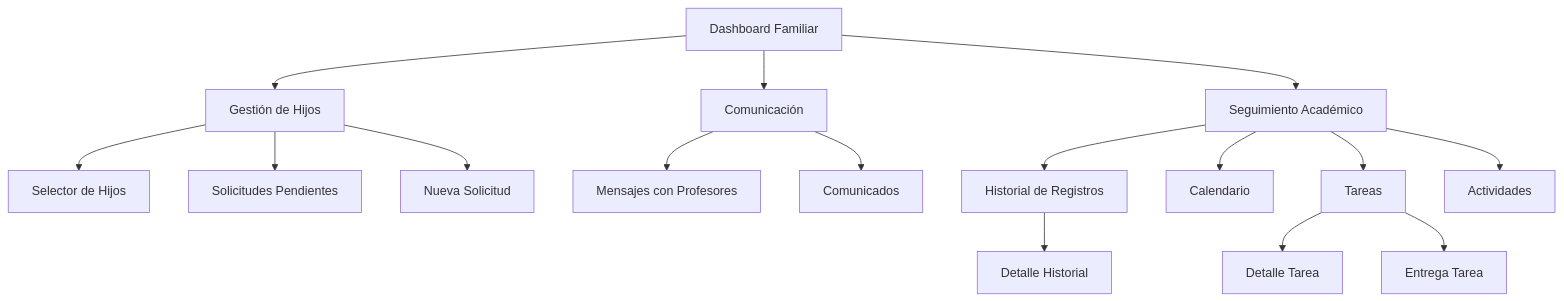
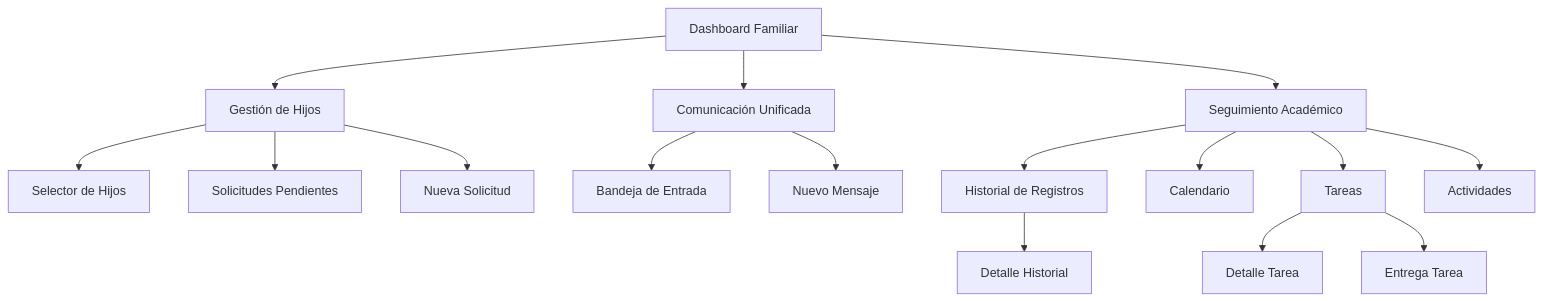
The fifth of 6 diagrams in docs/Manual_Usuario.md (Nojabeach/UmeEgunero), drawn with Mermaid before and after one commit. The commit also changed other lines of this file and 112 other files, not shown here.

````diff
--- a/docs/Manual_Usuario.md
+++ b/docs/Manual_Usuario.md
@@ -206,22 +209,22 @@
 ```mermaid
 flowchart TD
     Familiar[Dashboard Familiar] --> GestionHijos[Gestión de Hijos]
-    Familiar --> Comunicacion[Comunicación]
+    Familiar --> ComUnificada[Comunicación Unificada]
     Familiar --> Seguimiento[Seguimiento Académico]
     
     GestionHijos --> SelectorHijos[Selector de Hijos]
     GestionHijos --> SolicitudesPendientes[Solicitudes Pendientes]
     GestionHijos --> NuevaSolicitud[Nueva Solicitud]
     
-    Comunicacion --> MensajesProfe[Mensajes con Profesores]
-    Comunicacion --> ComunicadosFam[Comunicados]
+    ComUnificada --> Bandeja[Bandeja de Entrada]
+    ComUnificada --> Nuevo[Nuevo Mensaje]
     
     Seguimiento --> HistorialReg[Historial de Registros]
     Seguimiento --> Calendario[Calendario]
     Seguimiento --> Tareas[Tareas]
     Seguimiento --> Actividades[Actividades]
     
     HistorialReg --> DetalleHistorial[Detalle Historial]
     Tareas --> DetalleTarea[Detalle Tarea]
     Tareas --> EntregaTarea[Entrega Tarea]
 ```
````
